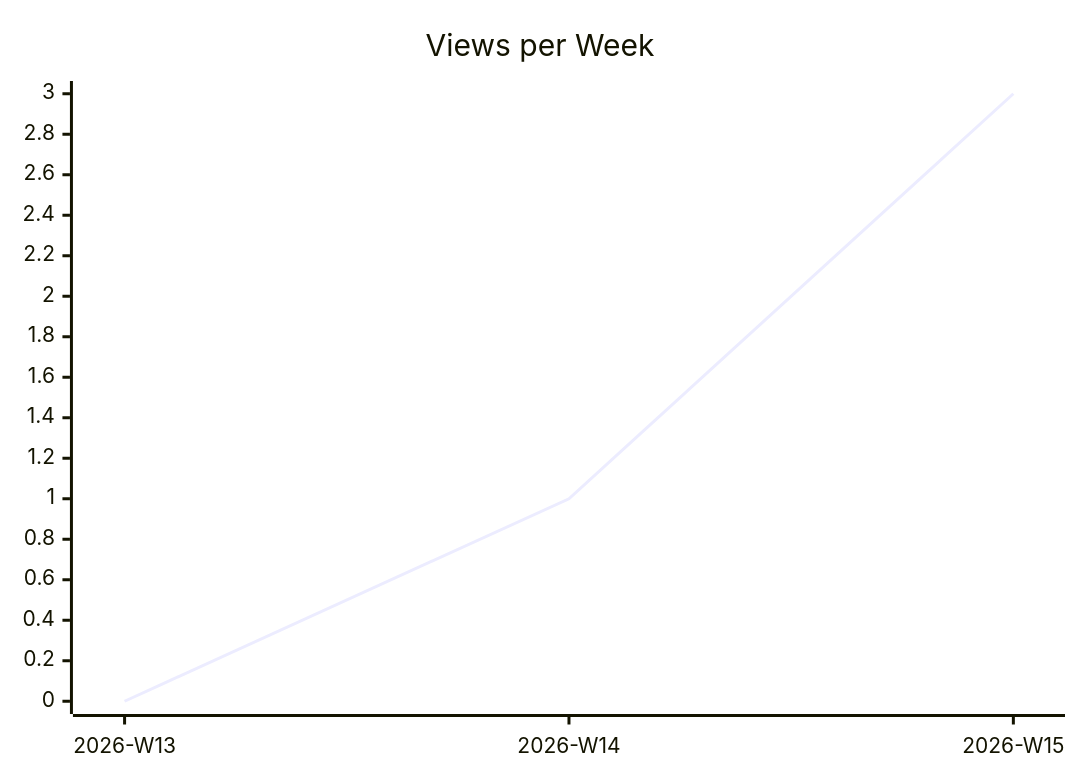
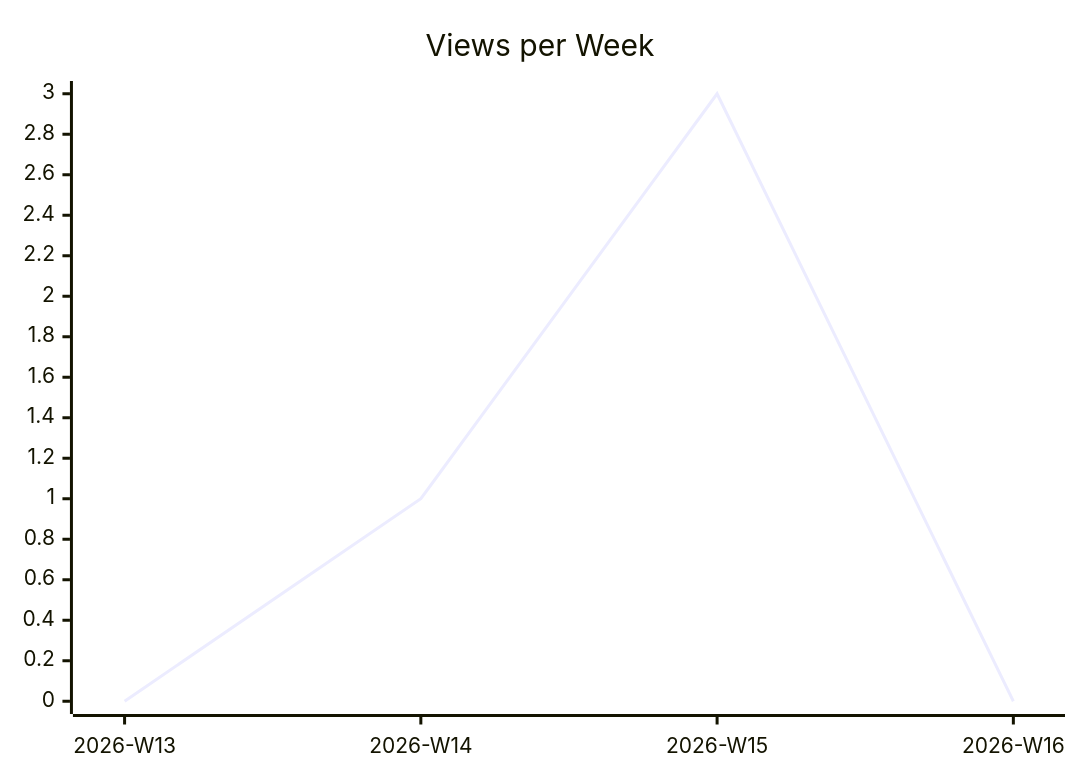
One commit to justdavis-family/github-analytics-data changed the second of 3 diagrams in justdavis-family/justdavis/README.md. Above: the diagram before and after it, drawn with Mermaid. The commit also changed other lines of this file and 173 other files, not shown here.

````diff
--- a/justdavis-family/justdavis/README.md
+++ b/justdavis-family/justdavis/README.md
@@ -12,6 +12,6 @@
 ```mermaid
 xychart-beta
   title "Views per Week"
-  x-axis ["2026-W13", "2026-W14", "2026-W15"]
-  line [0, 1, 3]
+  x-axis ["2026-W13", "2026-W14", "2026-W15", "2026-W16"]
+  line [0, 1, 3, 0]
 ```
````
